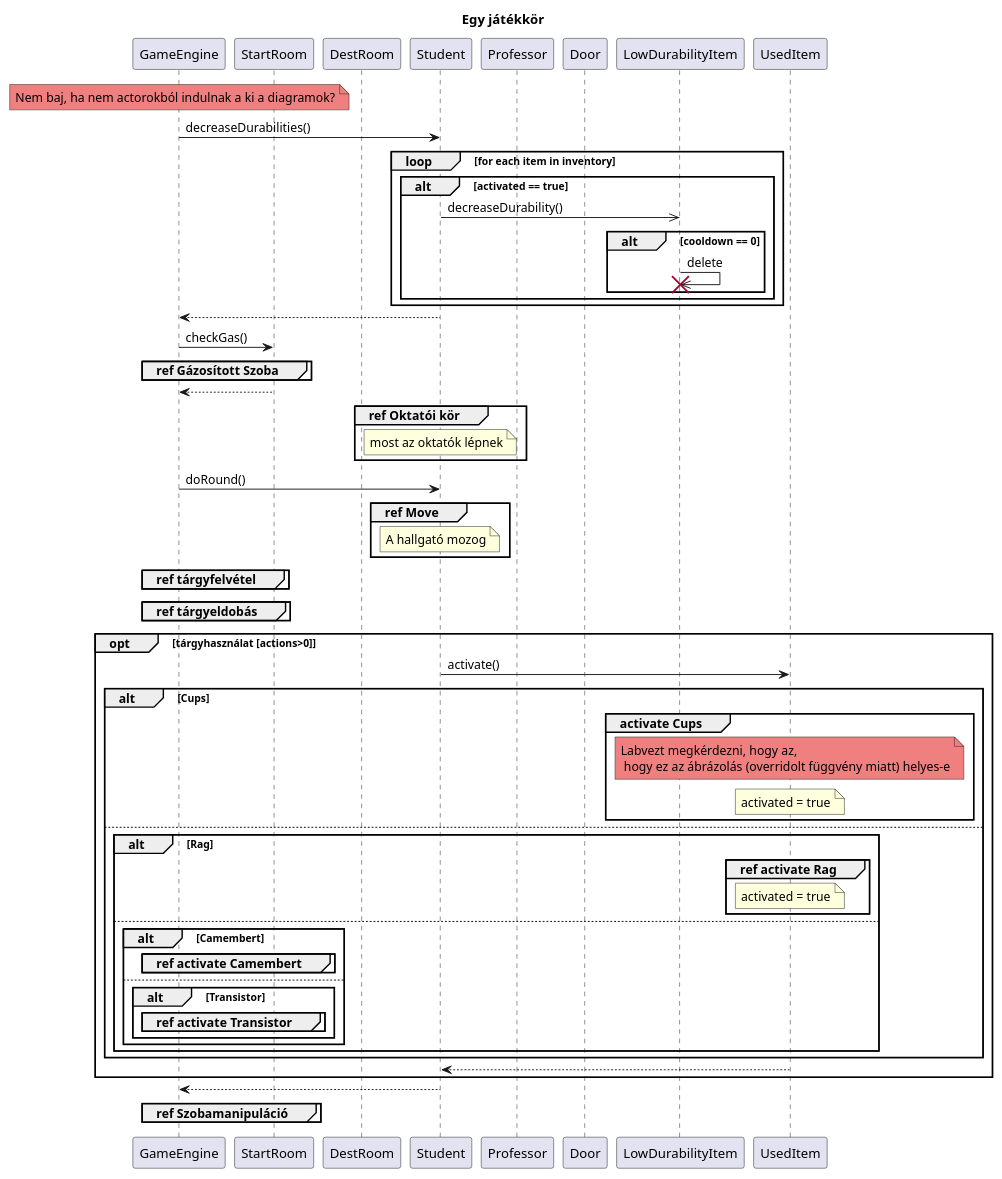
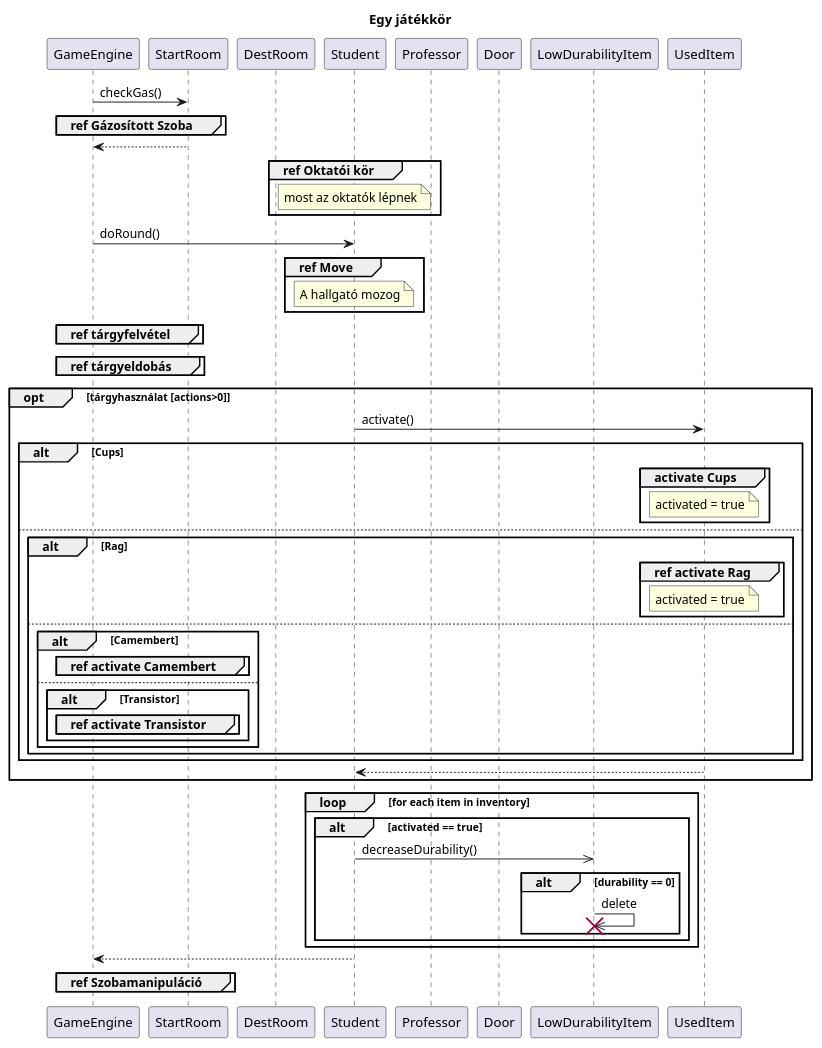
The diagram in diagramms/src/game_round.puml (kipolaris/skyrimscriptsuttogok), drawn with PlantUML before and after one commit. The commit also changed 29 other files, not shown here.

Commit message:
fix and continue sequence diagrams

```diff
--- a/diagramms/src/game_round.puml
+++ b/diagramms/src/game_round.puml
@@ -1,86 +1,82 @@
 @startuml Round
 
 title Egy játékkör
-
-'Labvezt megkérdezni: A semmivel visszatérő nyilak okésak-e'
 
 participant GameEngine as g
 participant StartRoom as sz
 participant DestRoom as dsz
 participant Student as h
 participant Professor as okt
 participant Door as a
 participant LowDurabilityItem as t2
 participant UsedItem as t
 
-note over g #LightCoral: Nem baj, ha nem actorokból indulnak a ki a diagramok?
-
-g -> h : decreaseDurabilities()
-loop for each item in inventory
-    alt activated == true
-        h->>t2 : decreaseDurability()
-
-        alt cooldown == 0
-            t2->>t2 !!: delete
-        end
-    end
-end
-h-->g
+'nem baj, ha nem aktorokból indulnak ki a diagramok?'
 
 g->sz : checkGas()
 group ref Gázosított Szoba
 end
 sz-->g
 
 group ref Oktatói kör
     note over h: most az oktatók lépnek
 end
 
 g -> h : doRound()
 
 group ref Move
 note over h : A hallgató mozog
 end
 
 
 
 group ref tárgyfelvétel
 end
 
 group ref tárgyeldobás
 end
 
 opt tárgyhasználat [actions>0]
     h->t : activate()
 
     alt Cups
         group activate Cups
-            note over t #LightCoral : Labvezt megkérdezni, hogy az, \n hogy ez az ábrázolás (overridolt függvény miatt) helyes-e
             note over t : activated = true
         end
     else
         alt Rag
             group ref activate Rag
                 note over t : activated = true
             end
         else
             alt Camembert
                 group ref activate Camembert
                 end
             else
                 alt Transistor
                     group ref activate Transistor
                     end
                 end
             end
         end
     end
 
     t-->h
 
 end
+
+loop for each item in inventory
+    alt activated == true
+        h->>t2 : decreaseDurability()
+
+        alt durability == 0
+            t2->>t2 !!: delete
+        end
+    end
+end
+
 h-->g
 
 group ref Szobamanipuláció
 end
 @enduml
```
